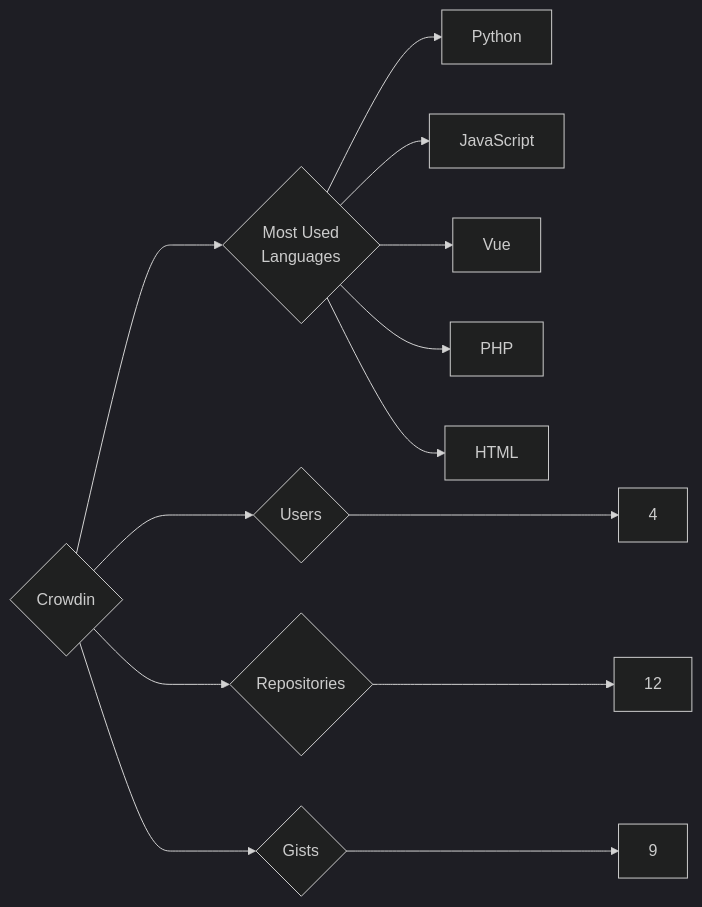
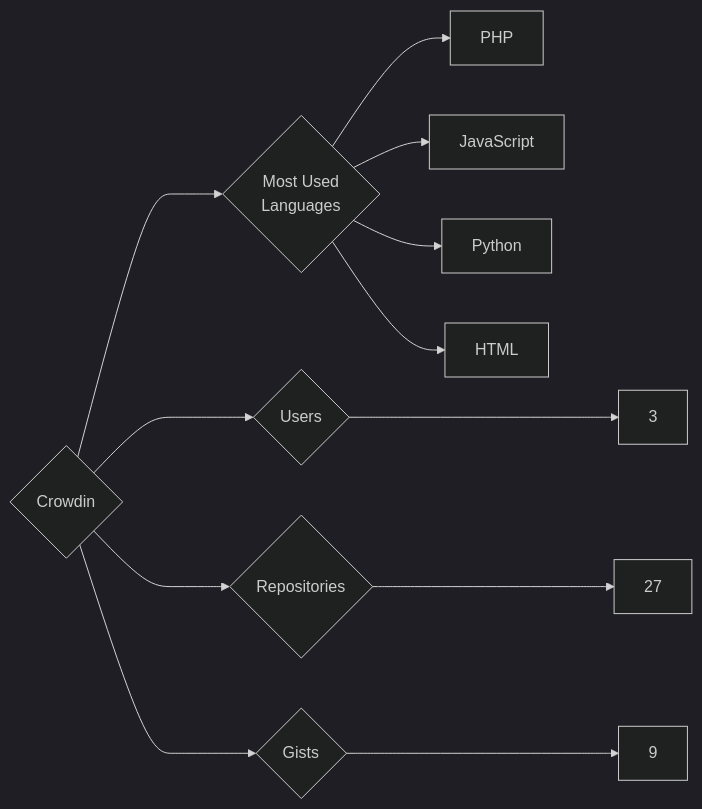
The diagram in targets/Crowdin/README.md (trickest/insiders), drawn with Mermaid (dark theme) before and after one commit. The commit also changed 745 other files, not shown here.

````diff
--- a/targets/Crowdin/README.md
+++ b/targets/Crowdin/README.md
@@ -3,13 +3,12 @@
 ```mermaid
 graph LR
 COMPANY_NAME{Crowdin}
-COMPANY_NAME ---> U{Users} ---> UN[4]
-COMPANY_NAME ---> R{Repositories} ---> RN[12]
+COMPANY_NAME ---> U{Users} ---> UN[3]
+COMPANY_NAME ---> R{Repositories} ---> RN[27]
 COMPANY_NAME ---> G{Gists} ---> GN[9]
 COMPANY_NAME ---> ML{Most Used<br>Languages}
+ML --> PHP[PHP]
+ML --> JavaScript[JavaScript]
 ML --> Python[Python]
-ML --> JavaScript[JavaScript]
-ML --> Vue[Vue]
-ML --> PHP[PHP]
 ML --> HTML[HTML]
 ```
````
